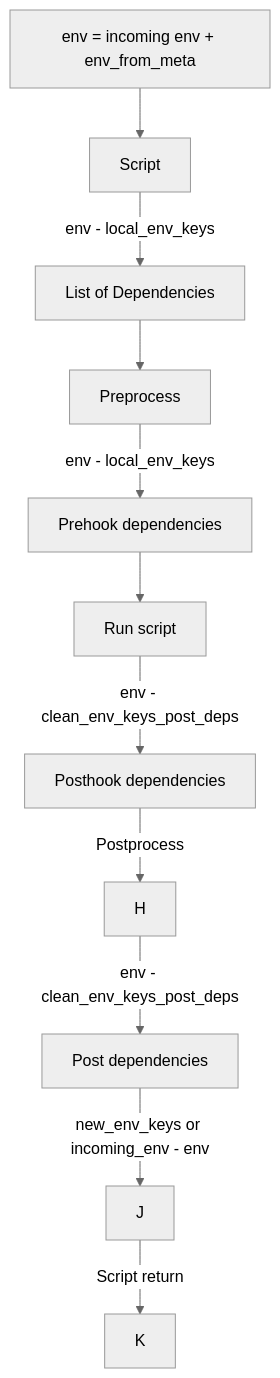
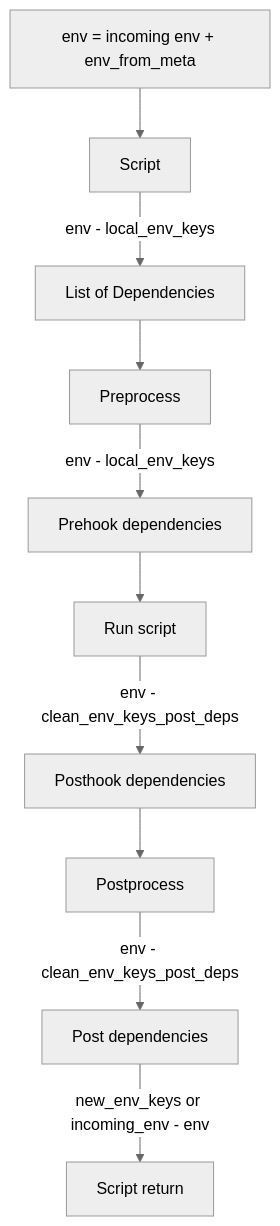
The diagram in docs/index.md (sujik18/mlperf-automations), drawn with Mermaid (neutral theme) before and after one commit.

````diff
--- a/docs/index.md
+++ b/docs/index.md
@@ -13,14 +13,12 @@
 ```mermaid
 graph TD
     A[env = incoming env + env_from_meta] -->B[Script]
     B -->|env - local_env_keys| C[List of Dependencies]
     C --> D[Preprocess]
     D -->|env - local_env_keys| E[Prehook dependencies]
     E -->F[Run script]
-    F -->|env - clean_env_keys_post_deps| G
-    G[Posthook dependencies] -->|Postprocess| H
-    H -->|env - clean_env_keys_post_deps| I
-    I[Post dependencies] -->|new_env_keys or incoming_env - env| J
-    J -->|Script return| K
-
+    F -->|env - clean_env_keys_post_deps| G[Posthook dependencies]
+    G --> H[Postprocess]
+    H -->|env - clean_env_keys_post_deps| I[Post dependencies]
+    I -->|new_env_keys or incoming_env - env| J[Script return]
 ```
````
